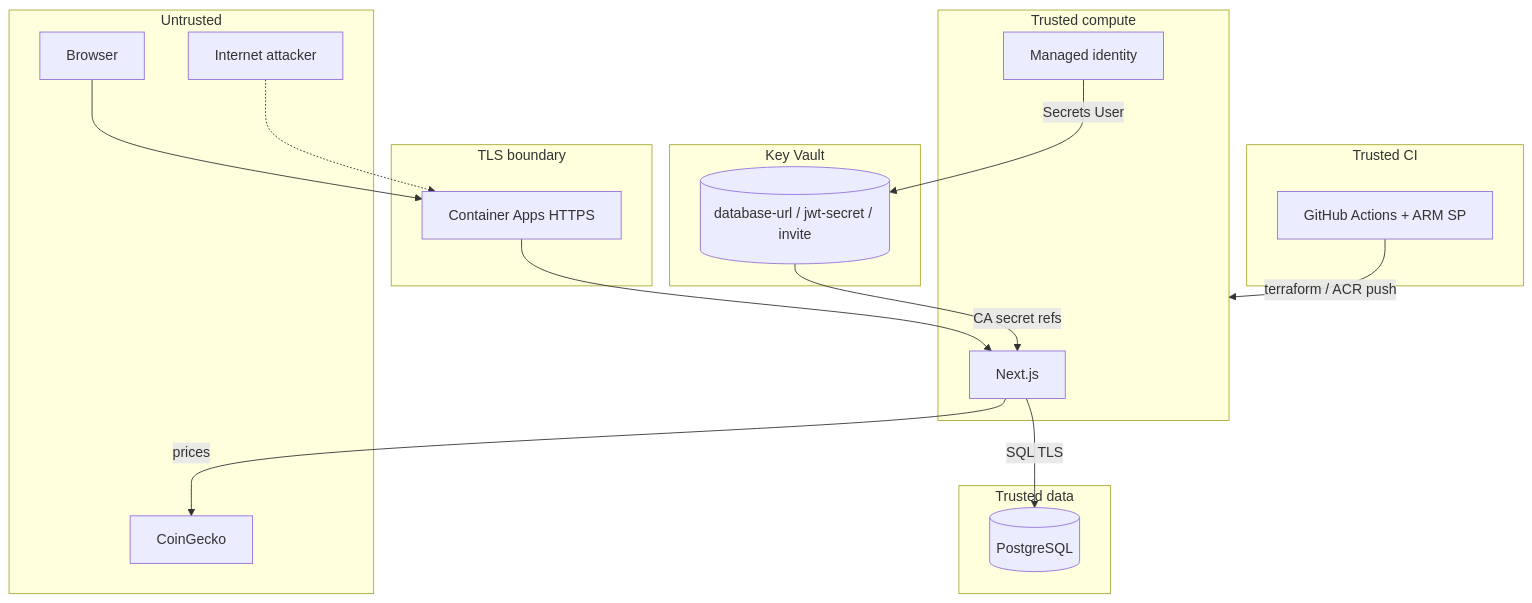
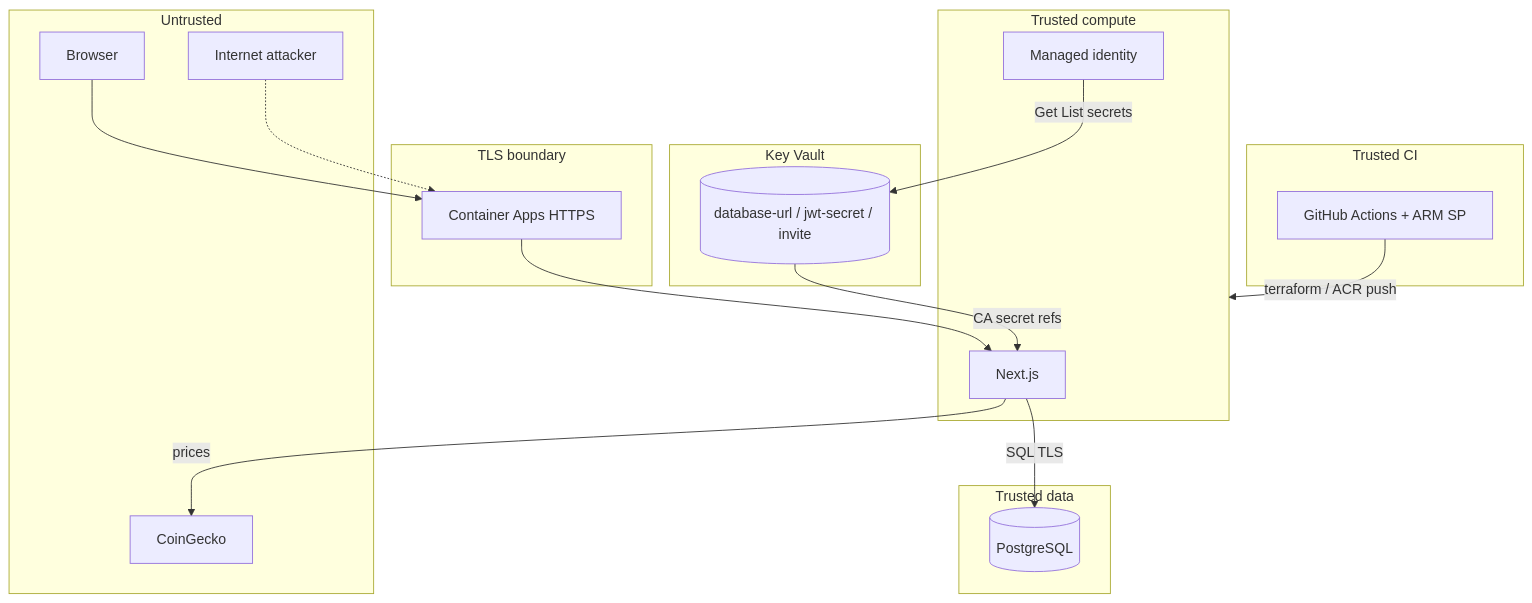
Before and after one commit to gindriliunas/crypto-trading: the diagram in docs/threat-model-stride.md, drawn with Mermaid. The commit also changed other lines of this file, not shown here.

Commit message:
Align STRIDE doc with Key Vault access policies.

````diff
--- a/docs/threat-model-stride.md
+++ b/docs/threat-model-stride.md
@@ -43,37 +43,37 @@
 ```mermaid
 flowchart TB
   subgraph Untrusted["Untrusted"]
     Browser
     CoinGecko
     Attacker[Internet attacker]
   end
 
   subgraph Edge["TLS boundary"]
     Ingress[Container Apps HTTPS]
   end
 
   subgraph App["Trusted compute"]
     Next[Next.js]
     UAI[Managed identity]
   end
 
   subgraph Secrets["Key Vault"]
     KV[(database-url / jwt-secret / invite)]
   end
 
   subgraph Data["Trusted data"]
     PG[(PostgreSQL)]
   end
 
   subgraph CI["Trusted CI"]
     GH[GitHub Actions + ARM SP]
   end
 
   Browser --> Ingress --> Next
   Attacker -.-> Ingress
-  UAI -->|Secrets User| KV
+  UAI -->|Get List secrets| KV
   KV -->|CA secret refs| Next
   Next -->|SQL TLS| PG
   Next -->|prices| CoinGecko
   GH -->|terraform / ACR push| App
 ```
````
